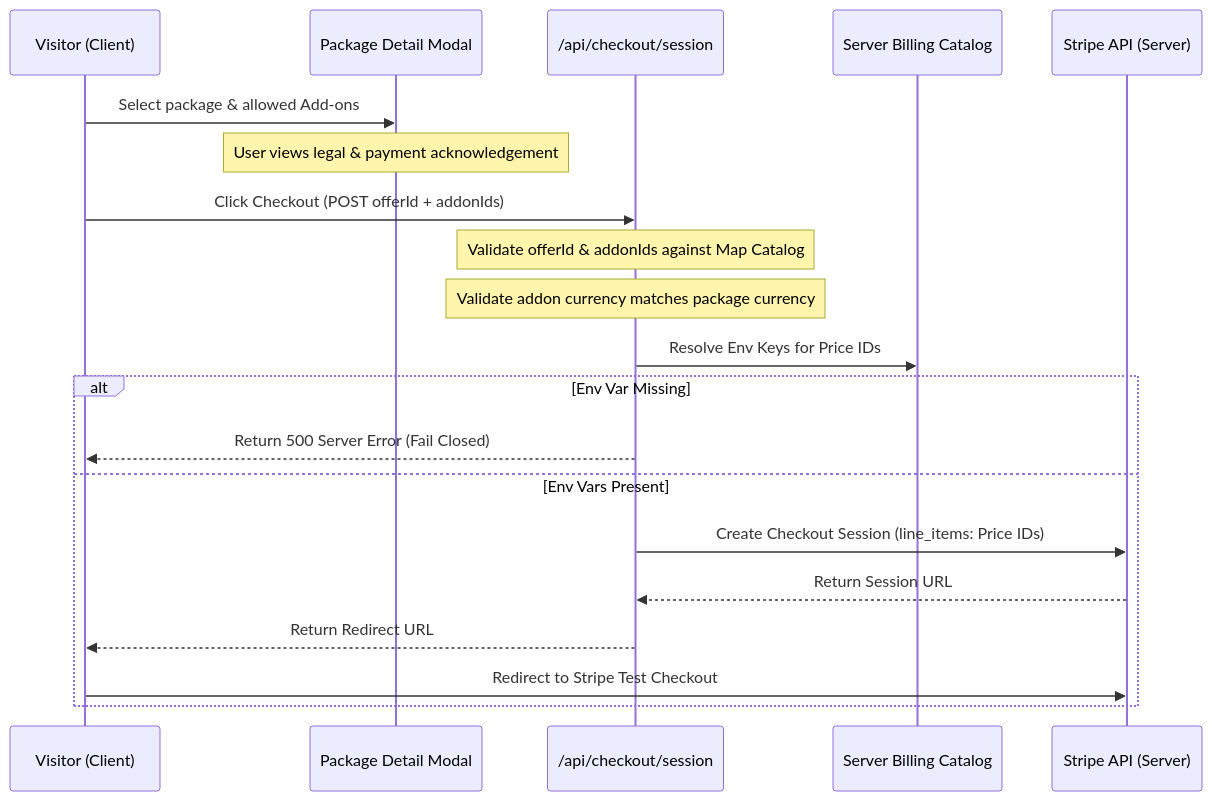
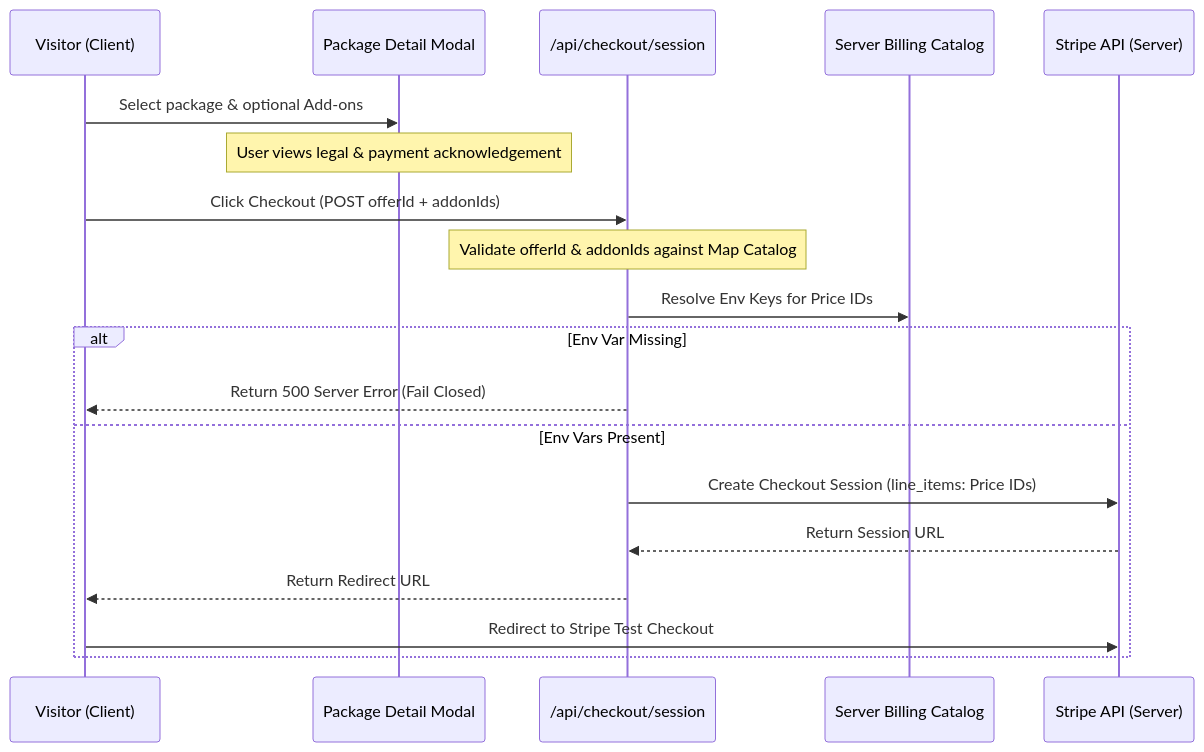
Before and after one commit to DXBMARK/dxbmarkwebsite: the diagram in specs/002-digital-service-packages/plan.md, drawn with Mermaid. The commit also changed other lines of this file and 12 other files, not shown here.

````diff
--- a/specs/002-digital-service-packages/plan.md
+++ b/specs/002-digital-service-packages/plan.md
@@ -33,23 +34,22 @@
 ```mermaid
 sequenceDiagram
     participant User as Visitor (Client)
     participant Modal as Package Detail Modal
     participant API as /api/checkout/session
     participant Catalog as Server Billing Catalog
     participant Stripe as Stripe API (Server)
 
-    User->>Modal: Select package & allowed Add-ons
+    User->>Modal: Select package & optional Add-ons
     Note over Modal: User views legal & payment acknowledgement
     User->>API: Click Checkout (POST offerId + addonIds)
     Note over API: Validate offerId & addonIds against Map Catalog
-    Note over API: Validate addon currency matches package currency
     API->>Catalog: Resolve Env Keys for Price IDs
     alt Env Var Missing
         API-->>User: Return 500 Server Error (Fail Closed)
     else Env Vars Present
         API->>Stripe: Create Checkout Session (line_items: Price IDs)
         Stripe-->>API: Return Session URL
         API-->>User: Return Redirect URL
         User->>Stripe: Redirect to Stripe Test Checkout
     end
 ```
````
